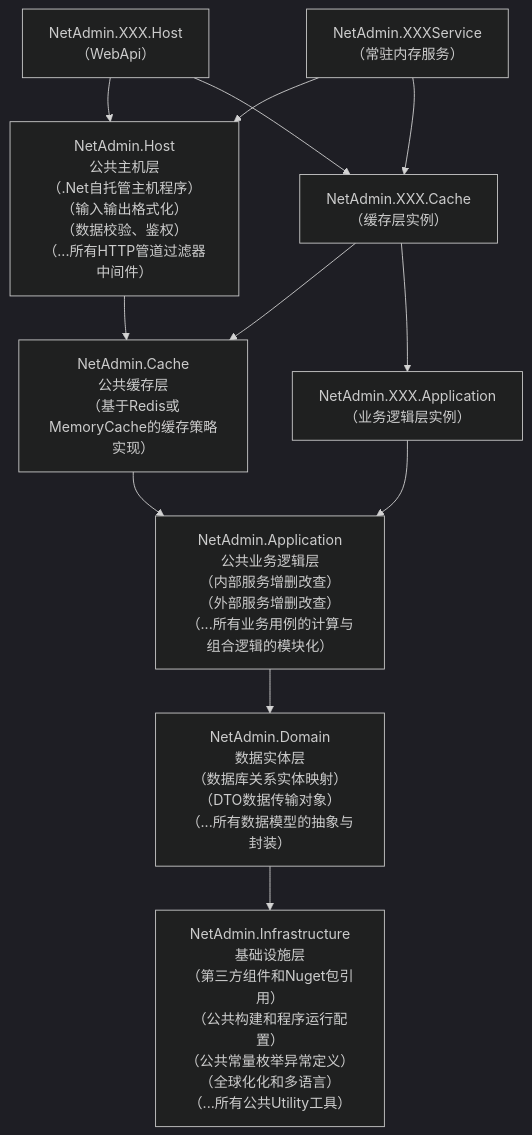
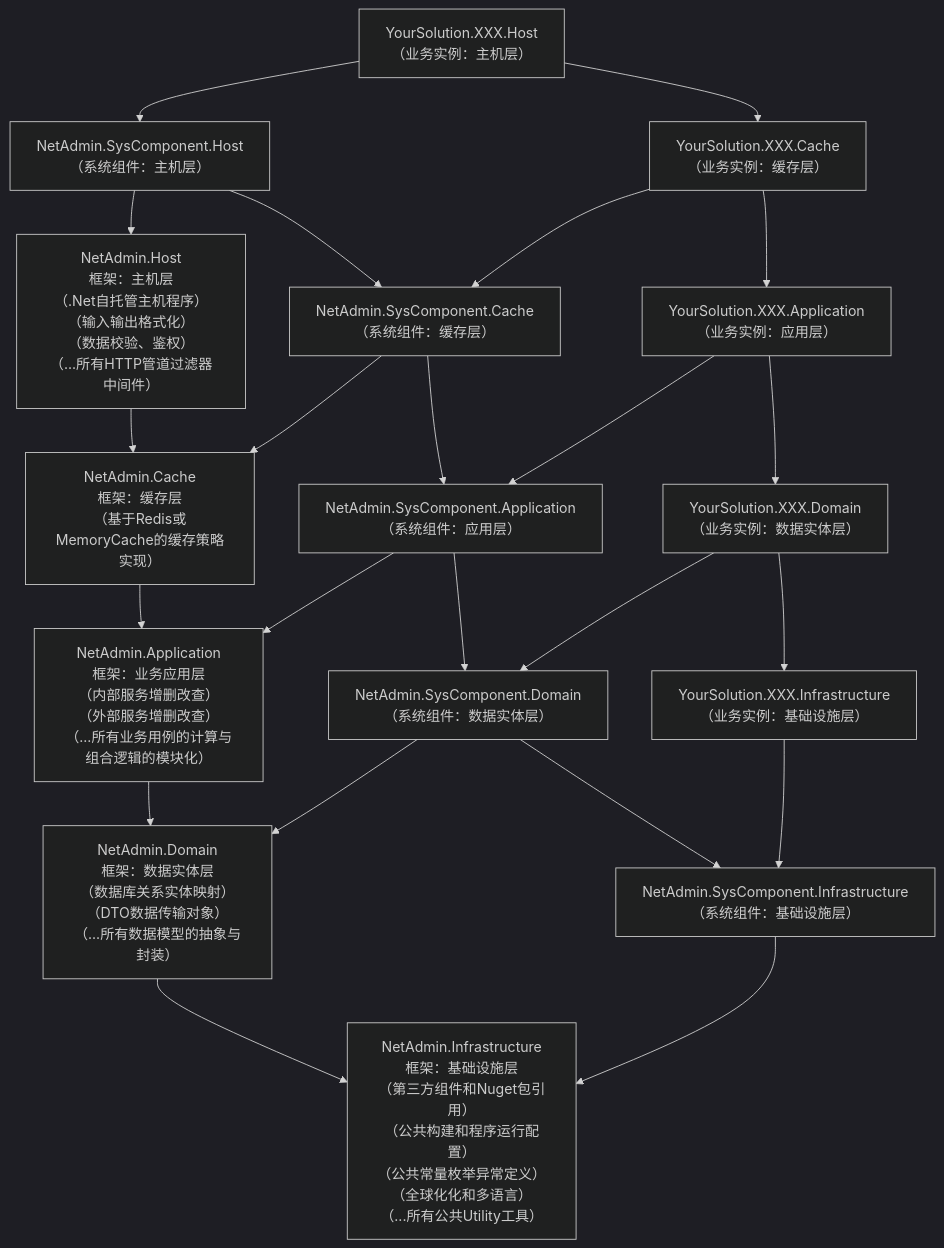
The diagram in README.md (nsnail/NetAdmin), drawn with Mermaid (dark theme) before and after one commit. The commit also changed other lines of this file and 1 other file, not shown here.

Commit message:
docs: 📝 rEADME (#195)
[skip ci]

````diff
--- a/README.md
+++ b/README.md
@@ -66,16 +71,26 @@
 ```mermaid
 flowchart TD
-H["NetAdmin.Host\n公共主机层\n（.Net自托管主机程序）\n（输入输出格式化）\n（数据校验、鉴权）\n（...所有HTTP管道过滤器中间件）"] --> C["NetAdmin.Cache\n公共缓存层\n（基于Redis或MemoryCache的缓存策略实现）"]
-C --> A["NetAdmin.Application\n公共业务逻辑层\n（内部服务增删改查）\n（外部服务增删改查）\n（...所有业务用例的计算与组合逻辑的模块化）"]
-A --> D["NetAdmin.Domain\n数据实体层\n（数据库关系实体映射）\n（DTO数据传输对象）\n（...所有数据模型的抽象与封装）"]
-D --> I["NetAdmin.Infrastructure\n基础设施层\n（第三方组件和Nuget包引用）\n（公共构建和程序运行配置）\n（公共常量枚举异常定义）\n（全球化化和多语言）\n（...所有公共Utility工具）"]
-
-XH["NetAdmin.XXX.Host\n（WebApi）"]-->H
-XS["NetAdmin.XXXService\n（常驻内存服务）"]-->H
-XS["NetAdmin.XXXService\n（常驻内存服务）"]-->XC
-XC["NetAdmin.XXX.Cache\n（缓存层实例）"]-->C
-XA["NetAdmin.XXX.Application\n（业务逻辑层实例）"]-->A
-
-XH-->XC
-XC-->XA
+sys-host["NetAdmin.SysComponent.Host\n（系统组件：主机层）"]
+sys-cache["NetAdmin.SysComponent.Cache\n（系统组件：缓存层）"]
+sys-app["NetAdmin.SysComponent.Application\n（系统组件：应用层）"]
+sys-domain["NetAdmin.SysComponent.Domain\n（系统组件：数据实体层）"]
+sys-infra["NetAdmin.SysComponent.Infrastructure\n（系统组件：基础设施层）"]
+host["NetAdmin.Host\n框架：主机层\n（.Net自托管主机程序）\n（输入输出格式化）\n（数据校验、鉴权）\n（...所有HTTP管道过滤器中间件）"]
+cache["NetAdmin.Cache\n框架：缓存层\n（基于Redis或MemoryCache的缓存策略实现）"]
+app["NetAdmin.Application\n框架：业务应用层\n（内部服务增删改查）\n（外部服务增删改查）\n（...所有业务用例的计算与组合逻辑的模块化）"]
+domain["NetAdmin.Domain\n框架：数据实体层\n（数据库关系实体映射）\n（DTO数据传输对象）\n（...所有数据模型的抽象与封装）"]
+infra["NetAdmin.Infrastructure\n框架：基础设施层\n（第三方组件和Nuget包引用）\n（公共构建和程序运行配置）\n（公共常量枚举异常定义）\n（全球化化和多语言）\n（...所有公共Utility工具）"]
+biz-host["YourSolution.XXX.Host\n（业务实例：主机层）"]
+biz-cache["YourSolution.XXX.Cache\n（业务实例：缓存层）"]
+biz-app["YourSolution.XXX.Application\n（业务实例：应用层）"]
+biz-domain["YourSolution.XXX.Domain\n（业务实例：数据实体层）"]
+biz-infra["YourSolution.XXX.Infrastructure\n（业务实例：基础设施层）"]
+biz-host-->biz-cache-->biz-app-->biz-domain-->biz-infra
+sys-host-->sys-cache-->sys-app-->sys-domain-->sys-infra
+host-->cache-->app-->domain-->infra
+biz-host-->sys-host-->host
+biz-cache-->sys-cache-->cache
+biz-app-->sys-app-->app
+biz-domain-->sys-domain-->domain
+biz-infra-->sys-infra-->infra
 ```
````
